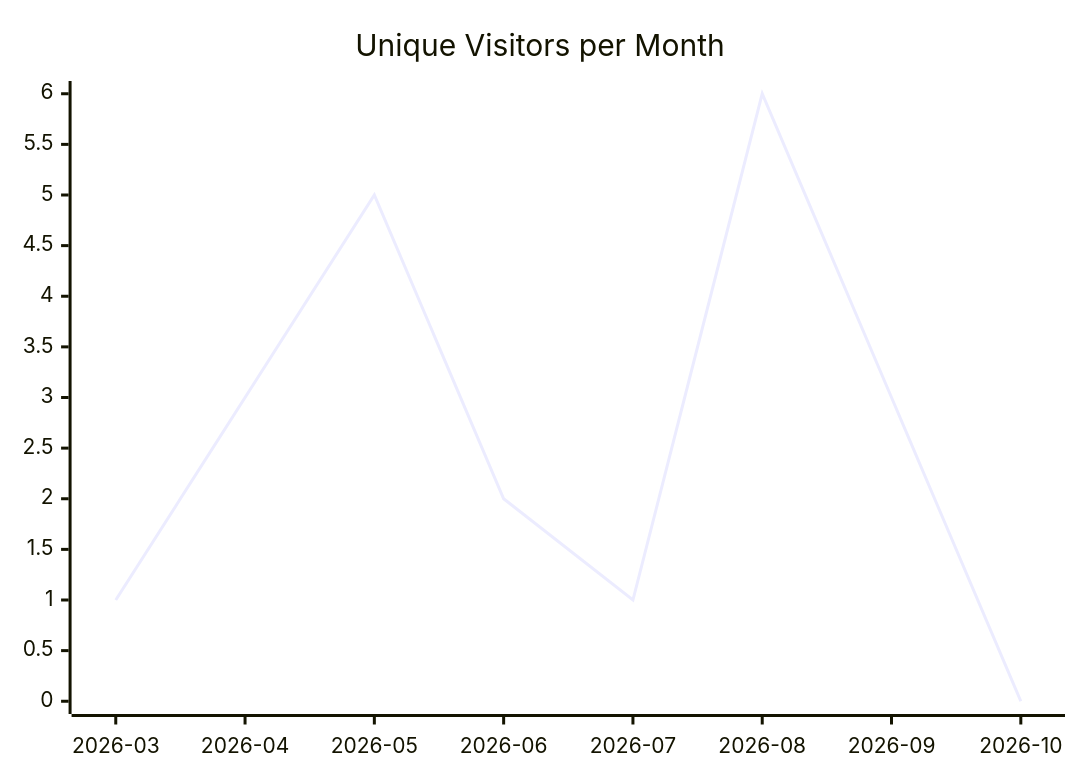
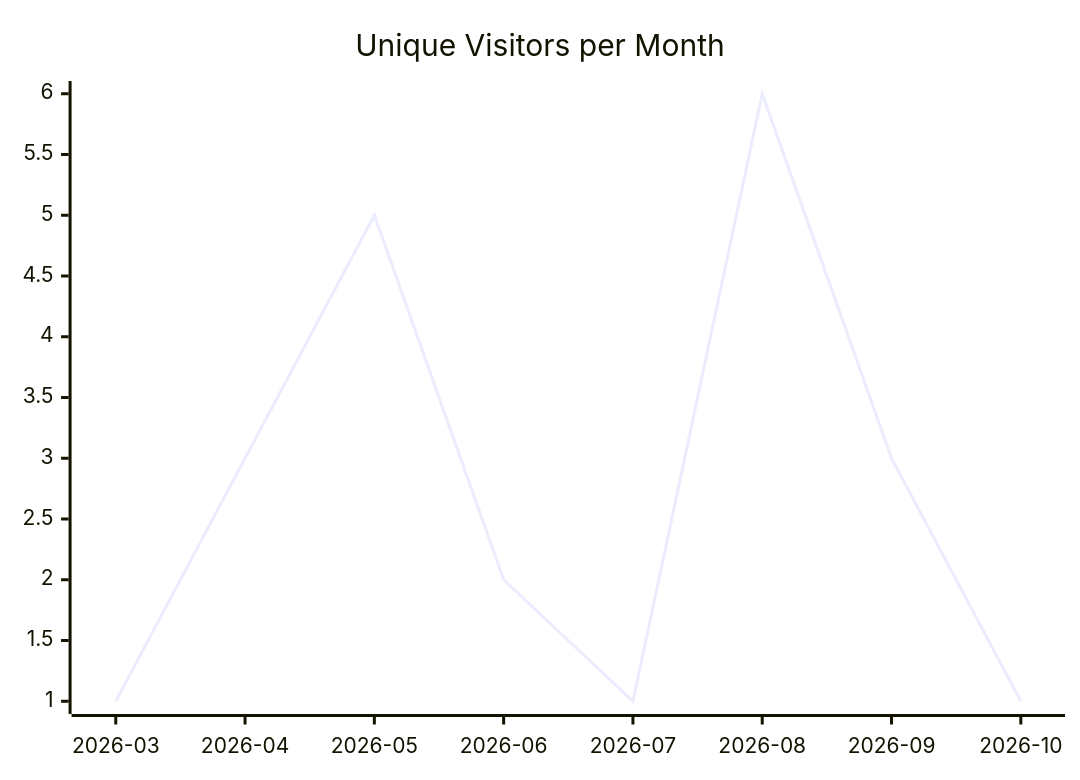
One commit to justdavis-family/github-analytics-data changed the first of 3 diagrams in justdavis-family/justdavis/README.md. Above: the diagram before and after it, drawn with Mermaid. The commit also changed other lines of this file and 198 other files, not shown here.

````diff
--- a/justdavis-family/justdavis/README.md
+++ b/justdavis-family/justdavis/README.md
@@ -5,6 +5,6 @@
 ```mermaid
 xychart-beta
   title "Unique Visitors per Month"
   x-axis ["2026-03", "2026-04", "2026-05", "2026-06", "2026-07", "2026-08", "2026-09", "2026-10"]
-  line [1, 3, 5, 2, 1, 6, 3, 0]
+  line [1, 3, 5, 2, 1, 6, 3, 1]
 ```
````
